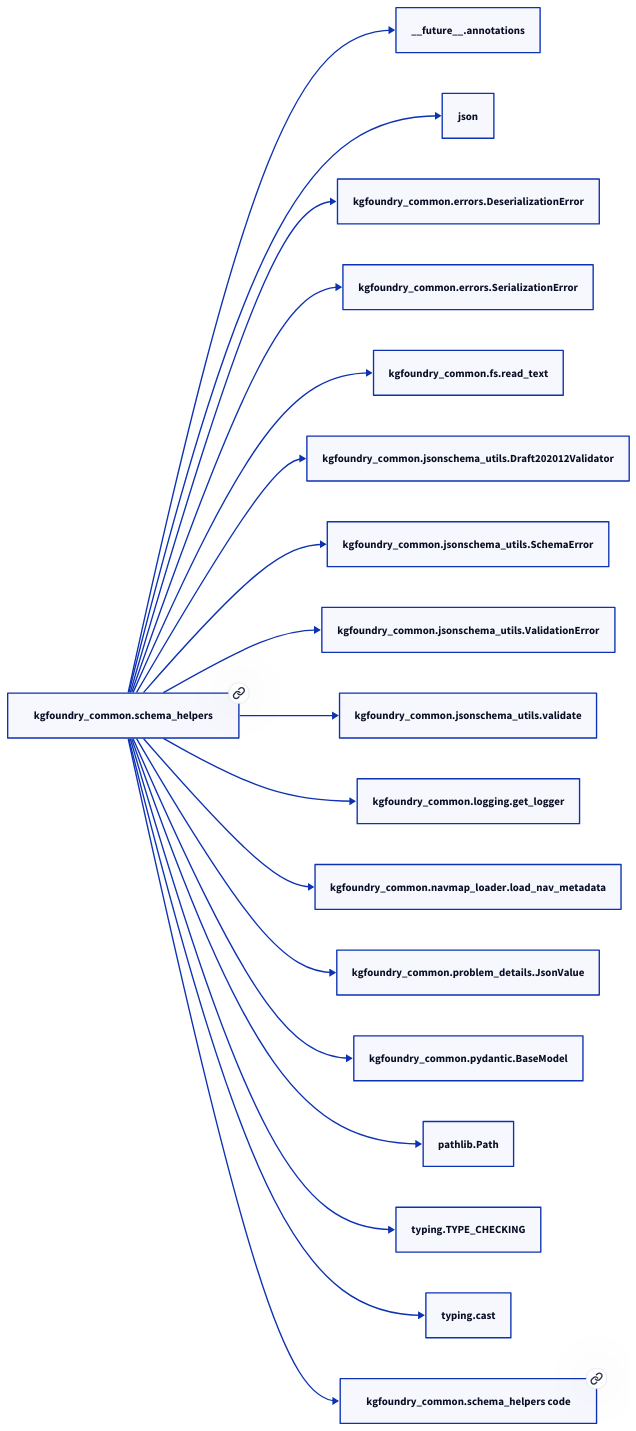
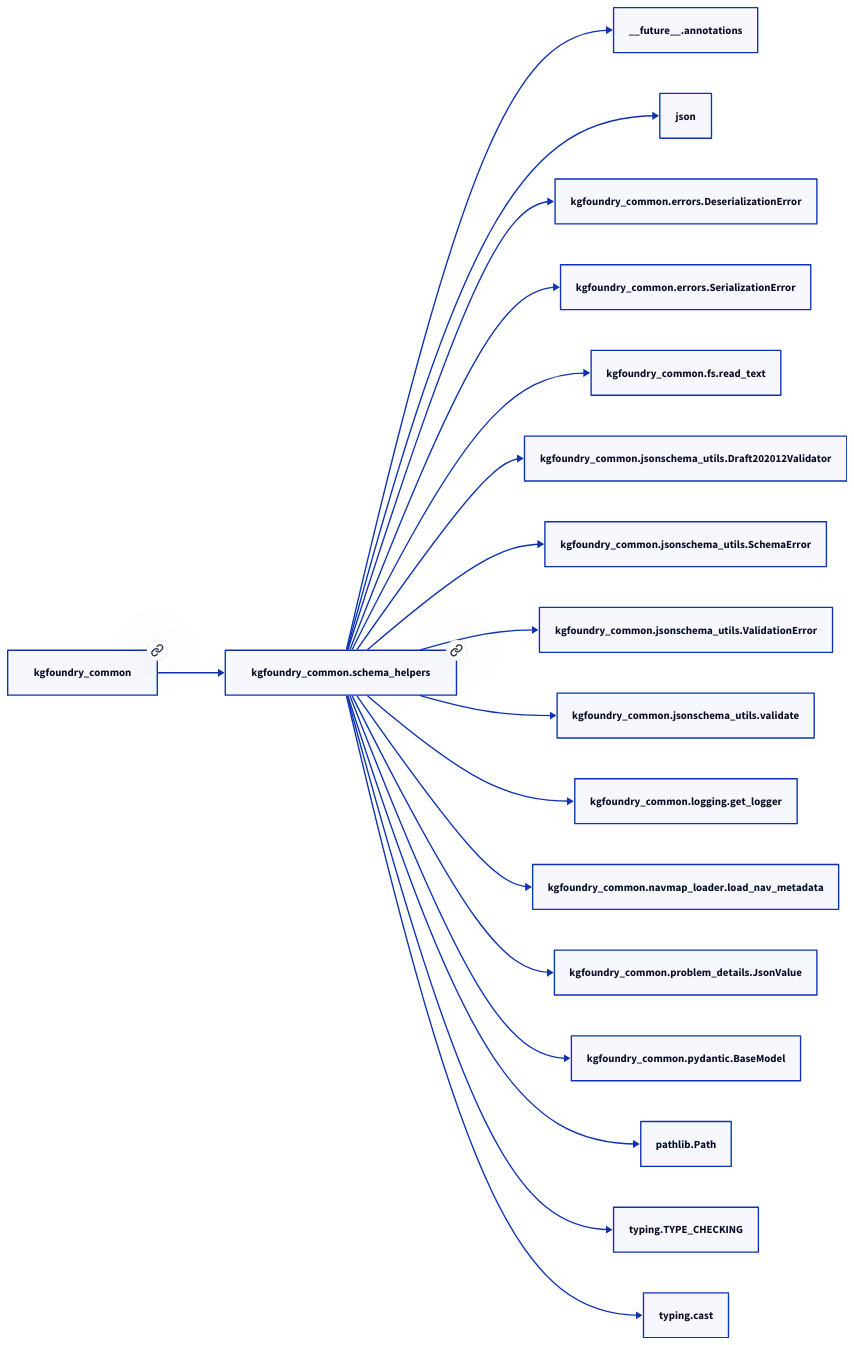
One commit to paul-heyse/kgforge changed the diagram in docs/modules/kgfoundry_common/schema_helpers.md. Above: the diagram before and after it, drawn with D2. The commit also changed other lines of this file and 208 other files, not shown here.

````diff
--- a/docs/modules/kgfoundry_common/schema_helpers.md
+++ b/docs/modules/kgfoundry_common/schema_helpers.md
@@ -37,38 +41,38 @@
 ```d2
 direction: right
-"kgfoundry_common.schema_helpers": "kgfoundry_common.schema_helpers" { link: "./kgfoundry_common/schema_helpers.md" }
+"kgfoundry_common.schema_helpers": "kgfoundry_common.schema_helpers" { link: "https://github.com/paul-heyse/kgfoundry/blob/main/src/kgfoundry_common/schema_helpers.py" }
 "__future__.annotations": "__future__.annotations"
 "kgfoundry_common.schema_helpers" -> "__future__.annotations"
 "json": "json"
 "kgfoundry_common.schema_helpers" -> "json"
 "kgfoundry_common.errors.DeserializationError": "kgfoundry_common.errors.DeserializationError"
 "kgfoundry_common.schema_helpers" -> "kgfoundry_common.errors.DeserializationError"
 "kgfoundry_common.errors.SerializationError": "kgfoundry_common.errors.SerializationError"
 "kgfoundry_common.schema_helpers" -> "kgfoundry_common.errors.SerializationError"
 "kgfoundry_common.fs.read_text": "kgfoundry_common.fs.read_text"
 "kgfoundry_common.schema_helpers" -> "kgfoundry_common.fs.read_text"
 "kgfoundry_common.jsonschema_utils.Draft202012Validator": "kgfoundry_common.jsonschema_utils.Draft202012Validator"
 "kgfoundry_common.schema_helpers" -> "kgfoundry_common.jsonschema_utils.Draft202012Validator"
 "kgfoundry_common.jsonschema_utils.SchemaError": "kgfoundry_common.jsonschema_utils.SchemaError"
 "kgfoundry_common.schema_helpers" -> "kgfoundry_common.jsonschema_utils.SchemaError"
 "kgfoundry_common.jsonschema_utils.ValidationError": "kgfoundry_common.jsonschema_utils.ValidationError"
 "kgfoundry_common.schema_helpers" -> "kgfoundry_common.jsonschema_utils.ValidationError"
 "kgfoundry_common.jsonschema_utils.validate": "kgfoundry_common.jsonschema_utils.validate"
 "kgfoundry_common.schema_helpers" -> "kgfoundry_common.jsonschema_utils.validate"
 "kgfoundry_common.logging.get_logger": "kgfoundry_common.logging.get_logger"
 "kgfoundry_common.schema_helpers" -> "kgfoundry_common.logging.get_logger"
 "kgfoundry_common.navmap_loader.load_nav_metadata": "kgfoundry_common.navmap_loader.load_nav_metadata"
 "kgfoundry_common.schema_helpers" -> "kgfoundry_common.navmap_loader.load_nav_metadata"
 "kgfoundry_common.problem_details.JsonValue": "kgfoundry_common.problem_details.JsonValue"
 "kgfoundry_common.schema_helpers" -> "kgfoundry_common.problem_details.JsonValue"
 "kgfoundry_common.pydantic.BaseModel": "kgfoundry_common.pydantic.BaseModel"
 "kgfoundry_common.schema_helpers" -> "kgfoundry_common.pydantic.BaseModel"
 "pathlib.Path": "pathlib.Path"
 "kgfoundry_common.schema_helpers" -> "pathlib.Path"
 "typing.TYPE_CHECKING": "typing.TYPE_CHECKING"
 "kgfoundry_common.schema_helpers" -> "typing.TYPE_CHECKING"
 "typing.cast": "typing.cast"
 "kgfoundry_common.schema_helpers" -> "typing.cast"
-"kgfoundry_common.schema_helpers_code": "kgfoundry_common.schema_helpers code" { link: "https://github.com/kgfoundry/kgfoundry/blob/main/src/kgfoundry_common/schema_helpers.py" }
-"kgfoundry_common.schema_helpers" -> "kgfoundry_common.schema_helpers_code" { style: dashed }
+"kgfoundry_common": "kgfoundry_common" { link: "https://github.com/paul-heyse/kgfoundry/blob/main/src/kgfoundry_common/__init__.py" }
+"kgfoundry_common" -> "kgfoundry_common.schema_helpers" { style: dashed }
 ```
````
